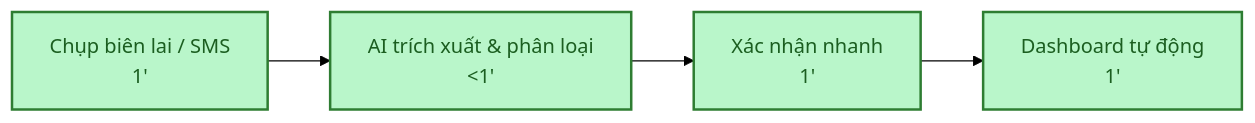
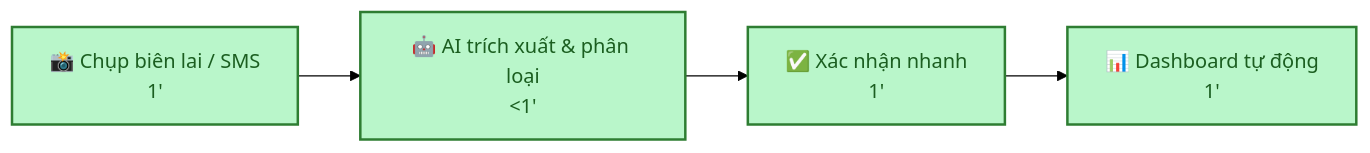
The sixth of 6 diagrams in 01-individual-problem-scan/01-individual-problem-scan.md (lequanneKMA/Day2-2A202600821-LeNguyenMinhQuan), drawn with Mermaid (forest theme) before and after one commit. The commit also changed other lines of this file and 3 other files, not shown here.

````diff
--- a/01-individual-problem-scan/01-individual-problem-scan.md
+++ b/01-individual-problem-scan/01-individual-problem-scan.md
@@ -403,12 +316,12 @@
 ```mermaid
 flowchart LR
-    F[" Chụp biên lai / SMS\n1'"]
-    --> G[" AI trích xuất & phân loại\n<1'"]
-    --> H[" Xác nhận nhanh\n1'"]
-    --> I[" Dashboard tự động\n1'"]
+    F["📸 Chụp biên lai / SMS\n1'"]
+    --> G["🤖 AI trích xuất & phân loại\n<1'"]
+    --> H["✅ Xác nhận nhanh\n1'"]
+    --> I["📊 Dashboard tự động\n1'"]
 
     style F fill:#b9f6ca,stroke:#2e7d32,stroke-width:2px,color:#1b5e20
     style G fill:#b9f6ca,stroke:#2e7d32,stroke-width:2px,color:#1b5e20
     style H fill:#b9f6ca,stroke:#2e7d32,stroke-width:2px,color:#1b5e20
     style I fill:#b9f6ca,stroke:#2e7d32,stroke-width:2px,color:#1b5e20
 ```
````
